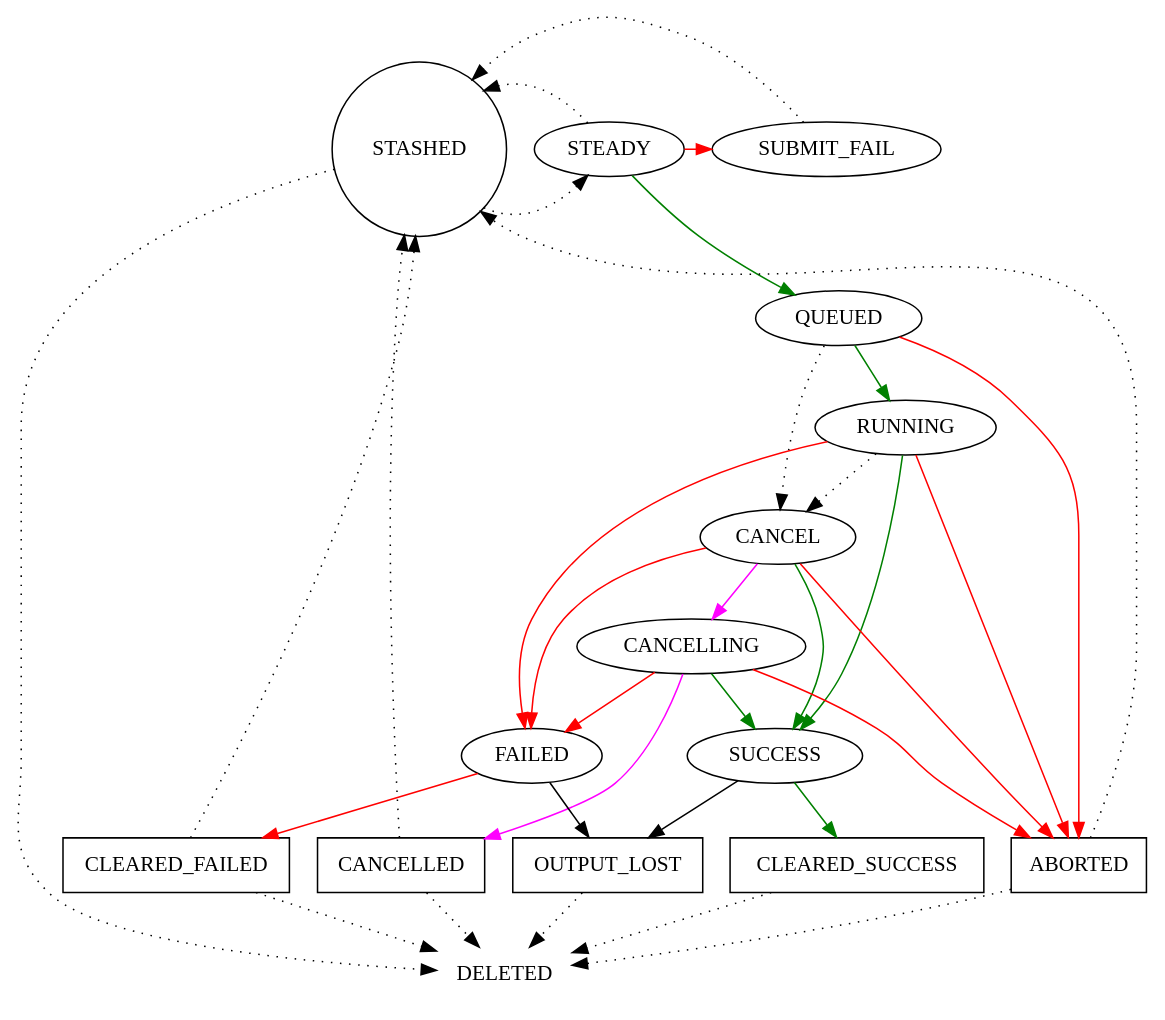
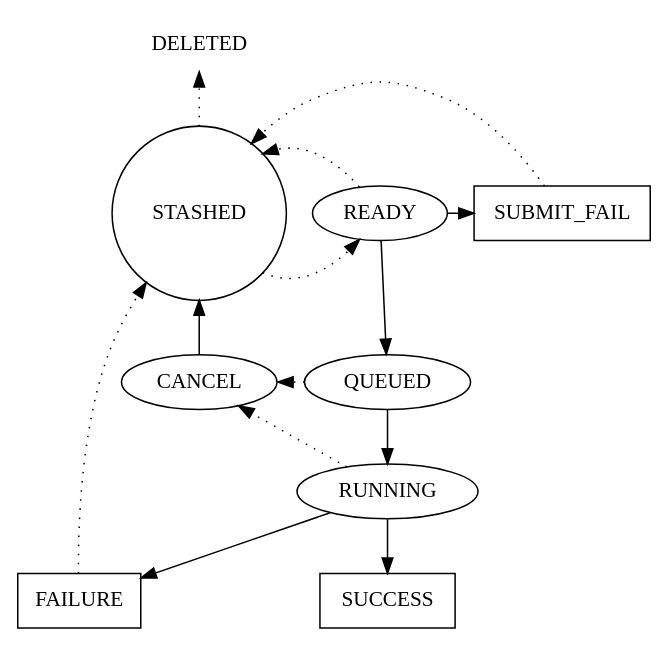
Before and after one commit to ptallada/brownthrower: the diagram in brownthrower/doc/manager_job_states.dot, drawn with Graphviz. The commit also changed 5 other files, not shown here.

```diff
--- a/brownthrower/doc/manager_job_states.dot
+++ b/brownthrower/doc/manager_job_states.dot
@@ -1,77 +1,51 @@
-digraph job_states { //concentrate="true";
+digraph job_states {
     // Possible job states
-    { rank="min"
-        STASHED          [shape="circle"];    // The job is in preparation phase. It is being configured and cannot be executed yet.
-        STEADY           [shape="ellipse"];   // The job has been configured and its dependencies are already set. It will be executed as soon as possible.
-        SUBMIT_FAIL      [shape="ellipse"];   // The dispatcher has been unable to submit this job for execution.
-    }
-    {
-        QUEUED           [shape="ellipse"];   // The dispatcher has submitted this job for execution and it is waiting for some resources to be available.
-        RUNNING          [shape="ellipse"];   // The job is being executed.
-        SUCCESS          [shape="ellipse"];   // The job has finished with exit code == 0
-    }
-    {
-        CANCEL           [shape="ellipse"];   // The user has asked to cancel this job.
-        CANCELLING       [shape="ellipse"];   // The dispatcher is trying to cancel this job
-        FAILED           [shape="ellipse"];   // The job has finished with exit code != 0
+    DELETED          [shape="plaintext"]; // The job has been deleted.
+    STASHED          [shape="circle"];    // The job is in preparation phase. It is being configured and cannot be executed yet.
+    READY            [shape="ellipse"];   // The job has been configured and its dependencies are already set. It will be executed as soon as possible.
+    SUBMIT_FAIL      [shape="box"];       // The dispatcher has been unable to submit this job for execution.
+    CANCEL           [shape="ellipse"];   // The user has asked to cancel this job.
+    QUEUED           [shape="ellipse"];   // The dispatcher has submitted this job for execution and it is waiting for some resources to be available.
+    RUNNING          [shape="ellipse"];   // The job is being executed.
+    SUCCESS          [shape="box"];       // The job has finished with exit code == 0.
+    FAILURE          [shape="box"];       // The job/runner was unable to complete its execution successfully.
+    
+    // Grouping
+    { rank="source";
+        DELETED;
     }
     { rank="same";
-        CANCELLED        [shape="box"];       // The job has been cancelled.
-        ABORTED          [shape="box"];       // The job has failed to complete its execution.
-        CLEARED_SUCCESS  [shape="box"];       // The dispatcher has retrieved the output of this job.
-        CLEARED_FAILED   [shape="box"];       // The dispatcher has retrieved the output of this job.
-        OUTPUT_LOST      [shape="box"];       // The dispatcher could not retrieve the output of this job.
+        STASHED; READY; SUBMIT_FAIL;
     }
-    {
-        DELETED          [shape="plaintext"]; // The job has been deleted.
+    { rank="same";
+        CANCEL; QUEUED;
+    }
+    { rank="same";
+        SUCCESS; FAILURE;
     }
     
     // Expected flow
-    STASHED         -> STEADY           [style="dotted",                  label=""];
-    STEADY          -> QUEUED           [style="solid",  color="green",   label=""];
-    QUEUED          -> RUNNING          [style="solid",  color="green",   label=""];
-    RUNNING         -> SUCCESS          [style="solid",  color="green",   label=""];
-    SUCCESS         -> CLEARED_SUCCESS  [style="solid",  color="green",   label=""];
+    STASHED         -> READY            [style="dotted"]; // User marks this job as ready for execution
+    READY           -> QUEUED           [style="solid"];  // Dispatcher submits the job to the pool of resources
+    QUEUED          -> RUNNING          [style="solid"];  // Job starts its execution inside the runner
+    RUNNING         -> SUCCESS          [style="solid"];  // Job/Runner finished its execution without error
     
     // Submit failure
-    STEADY          -> SUBMIT_FAIL      [style="solid",  color="red",     label=""];
+    READY           -> SUBMIT_FAIL      [style="solid"];  // Dispatcher has been unable to submit the job
     
-    // The job fails with exit code != 0
-    RUNNING         -> FAILED           [style="solid",  color="red",     label=""];
-    FAILED          -> CLEARED_FAILED   [style="solid",  color="red",     label=""];
-    
-    // The output is lost
-    SUCCESS         -> OUTPUT_LOST      [style="solid",  label=""];
-    FAILED          -> OUTPUT_LOST      [style="solid",  label=""];
-    
-    // The job is aborted
-    QUEUED          -> ABORTED          [style="solid",  color="red",     label=""];
-    RUNNING         -> ABORTED          [style="solid",  color="red",     label=""];
+    // The job/runner fails to finish successfully
+    RUNNING         -> FAILURE          [style="solid", constraint="false"];  // Some exception has occurred inside the Job/Runner
     
     // The job has to be cancelled
-    QUEUED          -> CANCEL           [style="dotted", label=""];
-    RUNNING         -> CANCEL           [style="dotted", label=""];
-    CANCEL          -> CANCELLING       [style="solid",  color="magenta", label=""];
-    CANCEL          -> ABORTED          [style="solid",  color="red",     label=""];
-    CANCEL          -> FAILED           [style="solid",  color="red",     label=""];
-    CANCEL          -> SUCCESS          [style="solid",  color="green",   label=""];
-    CANCELLING      -> SUCCESS          [style="solid",  color="green",   label=""];
-    CANCELLING      -> ABORTED          [style="solid",  color="red",     label=""];
-    CANCELLING      -> FAILED           [style="solid",  color="red",     label=""];
-    CANCELLING      -> CANCELLED        [style="solid",  color="magenta", label=""];
+    QUEUED          -> CANCEL           [style="dotted", constraint="false"]; // The user wants this job to be cancelled
+    RUNNING         -> CANCEL           [style="dotted", constraint="false"]; // The user wants this job to be cancelled
+    CANCEL          -> STASHED          [style="solid"];                      // The job is successfully cancelled
     
-    // Reflows
-    SUBMIT_FAIL     -> STASHED          [style="dotted",                  label=""];
-    ABORTED         -> STASHED          [style="dotted",                  label=""];
-    CANCELLED       -> STASHED          [style="dotted",                  label=""];
-    CLEARED_FAILED  -> STASHED          [style="dotted",                  label=""];
-    STEADY          -> STASHED          [style="dotted",                  label=""];
+    // Return the job to the stash
+    SUBMIT_FAIL     -> STASHED          [style="dotted"];
+    READY           -> STASHED          [style="dotted"];
+    FAILURE         -> STASHED          [style="dotted"];
     
-    // Remove
-    STASHED         -> DELETED          [style="dotted",                  label=""];
-    CANCELLED       -> DELETED          [style="dotted",                  label=""];
-    ABORTED         -> DELETED          [style="dotted",                  label=""];
-    CLEARED_SUCCESS -> DELETED          [style="dotted",                  label=""];
-    CLEARED_FAILED  -> DELETED          [style="dotted",                  label=""];
-    OUTPUT_LOST     -> DELETED          [style="dotted",                  label=""];
+    // Remove the job
+    STASHED         -> DELETED          [style="dotted"];
 }
```
